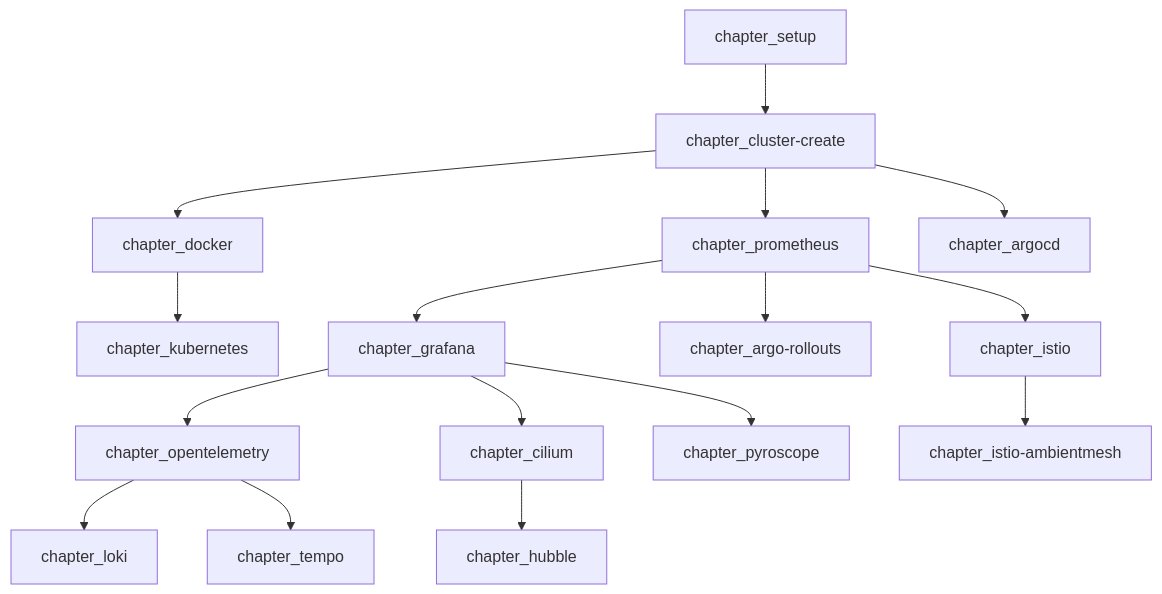
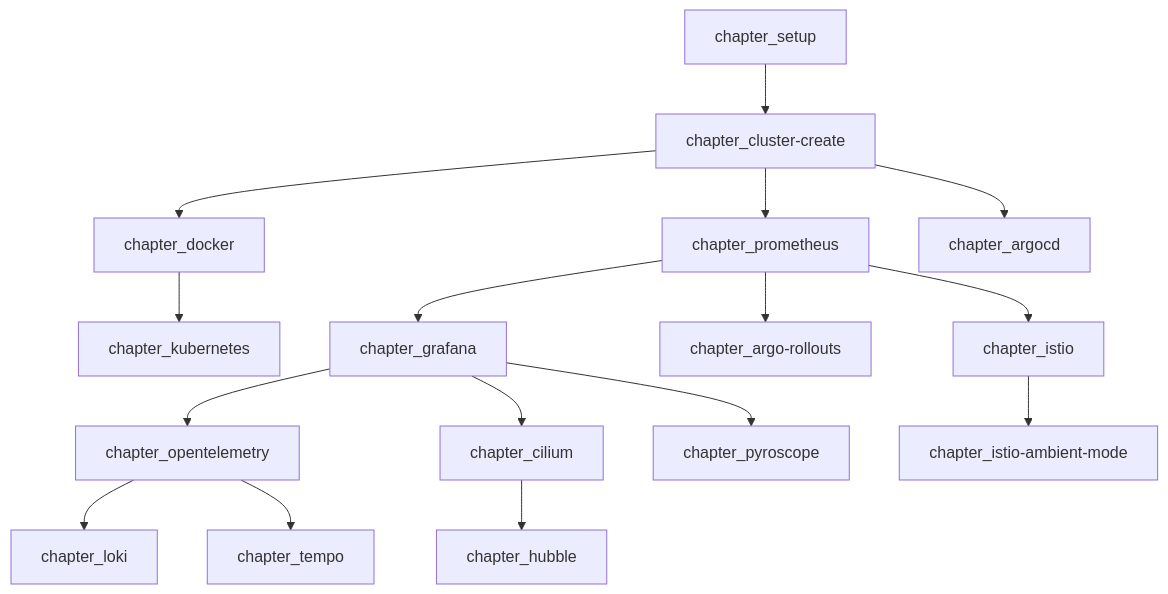
One commit to cloudnativedaysjp/cnd-handson changed the diagram in README.md. Above: the diagram before and after it, drawn with Mermaid. The commit also changed other lines of this file and 176 other files, not shown here.

````diff
--- a/README.md
+++ b/README.md
@@ -31,40 +29,40 @@
 ```mermaid
 flowchart TD
     setup[chapter_setup]
     cluster[chapter_cluster-create]
     docker[chapter_docker]
     k8s[chapter_kubernetes]
     prom[chapter_prometheus]
     grafana[chapter_grafana]
     otel[chapter_opentelemetry]
     argocd[chapter_argocd]
     istio[chapter_istio]
     cilium[chapter_cilium]
     argorollouts[chapter_argo-rollouts]
-    istioambient[chapter_istio-ambientmesh]
+    istioambient[chapter_istio-ambient-mode]
     hubble[chapter_hubble]
     loki[chapter_loki]
     tempo[chapter_tempo]
     pyroscope[chapter_pyroscope]
 
     setup-->cluster
     cluster-->docker
     docker-->k8s
     cluster-->prom
     cluster-->argocd
 
     prom-->grafana
     prom-->argorollouts
     prom-->istio
 
     grafana-->otel
     grafana-->cilium
     grafana-->pyroscope
 
     otel-->loki
     otel-->tempo
 
     cilium-->hubble
 
     istio-->istioambient
 ```
````
